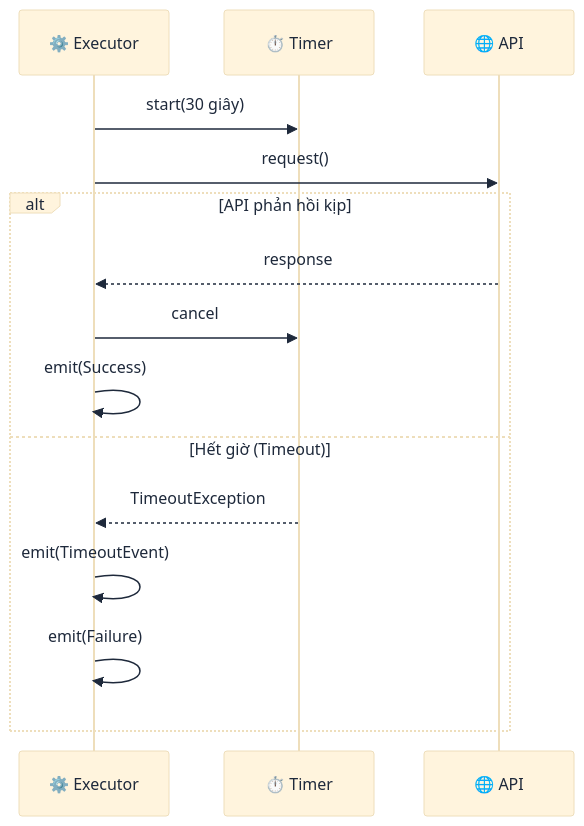
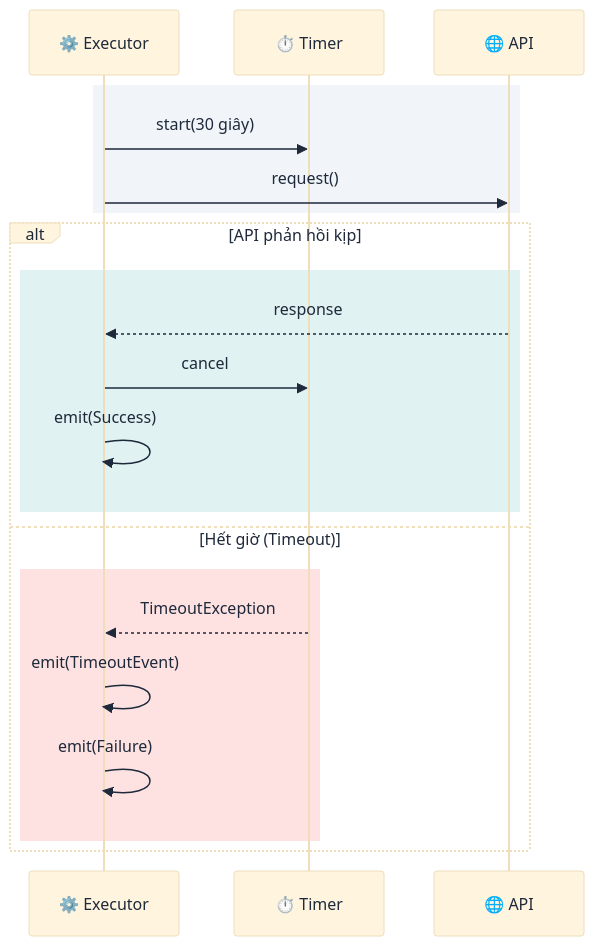
Before and after one commit to lploc94/flutter_orchestrator: the fourth of 16 diagrams in book/vi/chapters/05_advanced_patterns.md, drawn with Mermaid. The commit also changed other lines of this file and 1 other file, not shown here.

````diff
--- a/book/vi/chapters/05_advanced_patterns.md
+++ b/book/vi/chapters/05_advanced_patterns.md
@@ -98,20 +108,26 @@
 ```mermaid
 %%{init: {'theme': 'base', 'themeVariables': { 'primaryTextColor': '#1e293b', 'noteTextColor': '#1e293b', 'actorTextColor': '#1e293b' }}}%%
 sequenceDiagram
     participant Exec as ⚙️ Executor
     participant Timer as ⏱️ Timer
     participant API as 🌐 API
     
-    Exec->>Timer: start(30 giây)
-    Exec->>API: request()
+    rect rgb(241, 245, 249)
+        Exec->>Timer: start(30 giây)
+        Exec->>API: request()
+    end
     
     alt API phản hồi kịp
-        API-->>Exec: response
-        Exec->>Timer: cancel
-        Exec->>Exec: emit(Success)
+        rect rgb(224, 242, 241)
+            API-->>Exec: response
+            Exec->>Timer: cancel
+            Exec->>Exec: emit(Success)
+        end
     else Hết giờ (Timeout)
-        Timer-->>Exec: TimeoutException
-        Exec->>Exec: emit(TimeoutEvent)
-        Exec->>Exec: emit(Failure)
+        rect rgb(254, 226, 226)
+            Timer-->>Exec: TimeoutException
+            Exec->>Exec: emit(TimeoutEvent)
+            Exec->>Exec: emit(Failure)
+        end
     end
 ```
````
